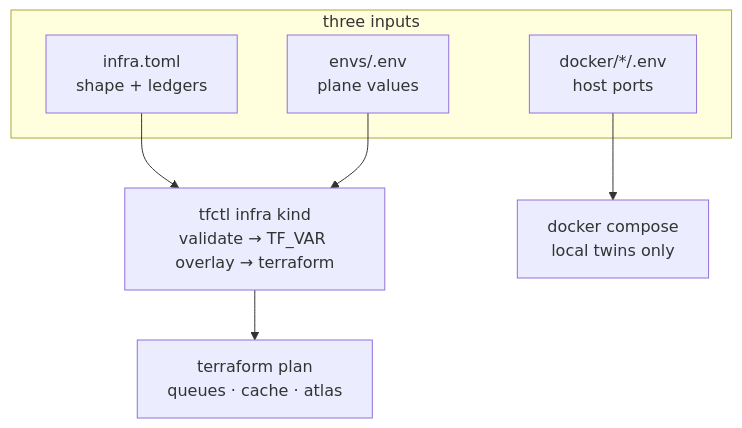
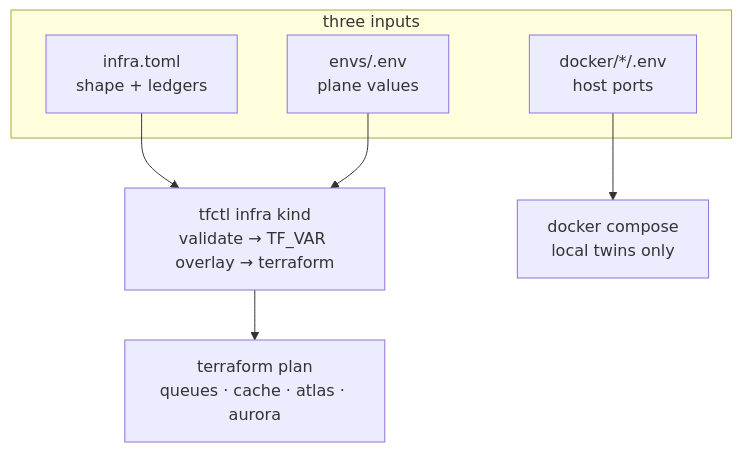
The first of 2 diagrams in infra/docs/getting-started/configuration.md (kunalPisolkar24/detectAI), drawn with Mermaid before and after one commit. The commit also changed other lines of this file and 23 other files, not shown here.

````diff
--- a/infra/docs/getting-started/configuration.md
+++ b/infra/docs/getting-started/configuration.md
@@ -76,13 +84,13 @@
 ```mermaid
 graph TB
     subgraph INPUTS["three inputs"]
         TOML["infra.toml<br/>shape + ledgers"]
         ENV["envs/.env<br/>plane values"]
         PORTS["docker/*/.env<br/>host ports"]
     end
 
     TOML --> TFCTL["tfctl infra kind<br/>validate → TF_VAR overlay → terraform"]
     ENV --> TFCTL
-    TFCTL --> PLAN["terraform plan<br/>queues · cache · atlas"]
+    TFCTL --> PLAN["terraform plan<br/>queues · cache · atlas · aurora"]
     PORTS --> TWINS["docker compose<br/>local twins only"]
 ```
````
